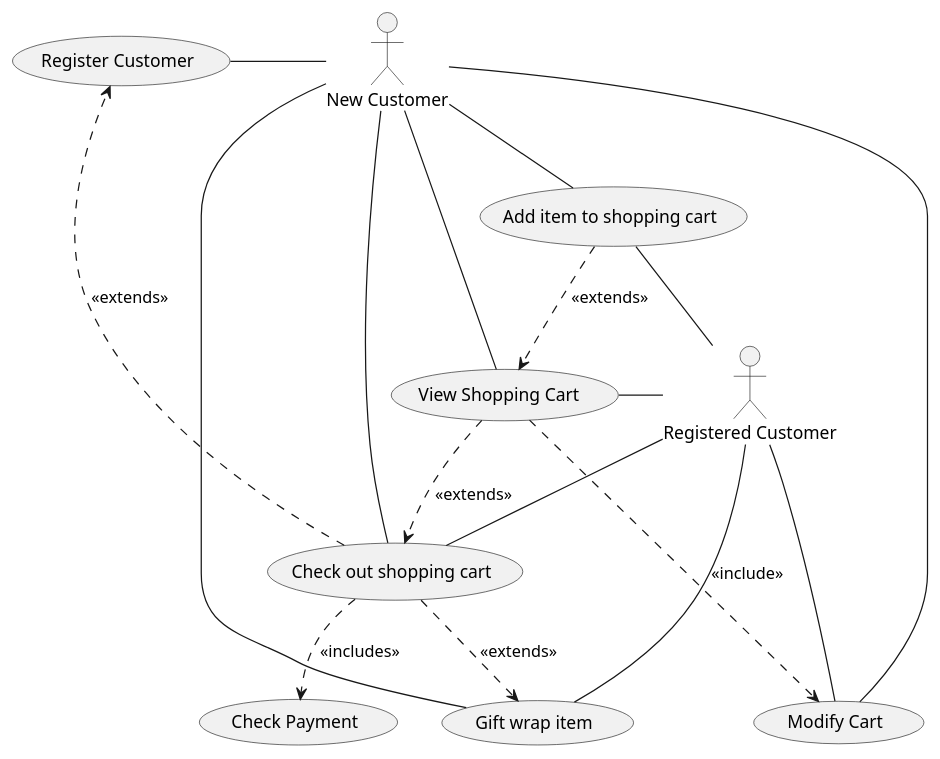
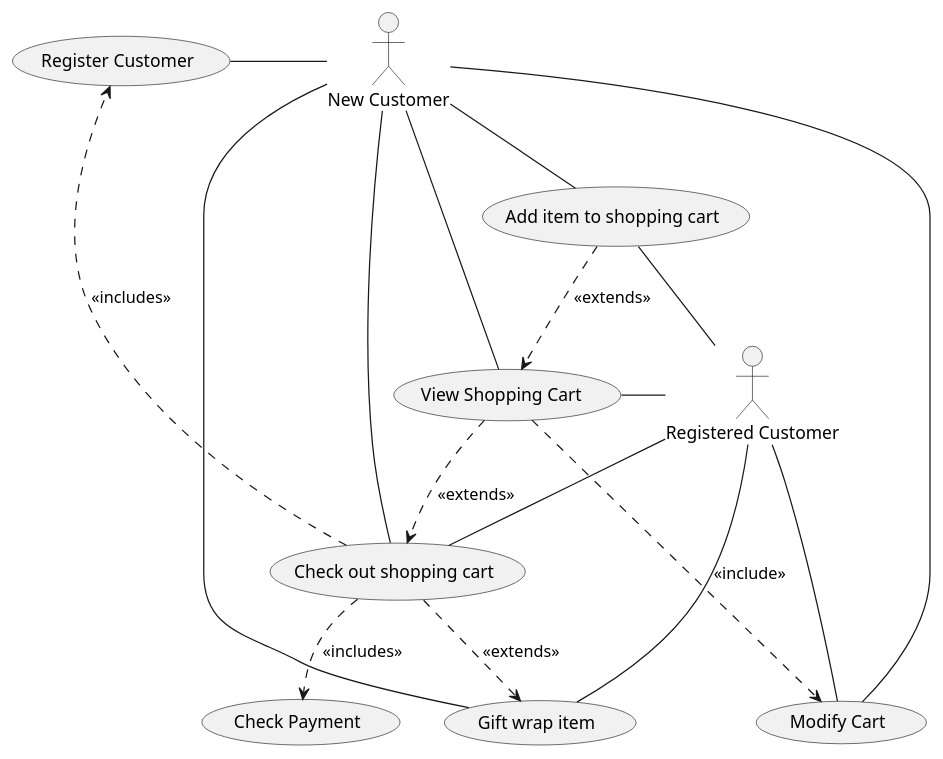
The diagram in milestone2/UseCase.puml (dyrel78/INFO_201), drawn with PlantUML before and after one commit. The commit also changed 6 other files, not shown here.

```diff
--- a/milestone2/UseCase.puml
+++ b/milestone2/UseCase.puml
@@ -4,50 +4,49 @@
 @startuml useCase
 
 
 
 actor :Registered Customer:  as  regCust
 actor :New Customer:  as  newCust
 
 usecase (Modify Cart) as Modify
 usecase (View Shopping Cart ) as View
 usecase (Add item to shopping cart) as AddItem
 usecase (Check out shopping cart) as Checkout
 usecase (Check Payment) as Payment
 usecase (Gift wrap item) as Gift
 usecase (Register Customer) as Register
 
 
 regCust -left- AddItem
 regCust -left- View
 regCust -- Modify
 regCust -- Gift
 regCust -- Checkout
 
 
 
 newCust -- AddItem
 newCust -- View
 newCust -- Modify
 newCust -left- Register
 newCust -- Gift
 newCust -- Checkout
 
 
 
 
-
-
-Checkout ..> Register : <<extends>>
+AddItem ..> View : <<extends>>
 View ...> Modify : <<include>>
 View ..> Checkout : <<extends>>
+Checkout ..> Register : <<includes>>
 Checkout ..> Gift : <<extends>>
 Checkout ..> Payment : <<includes>>
-AddItem ..> View : <<extends>>
+
 
 
 
 
 
 
 
 @endpuml 
```
